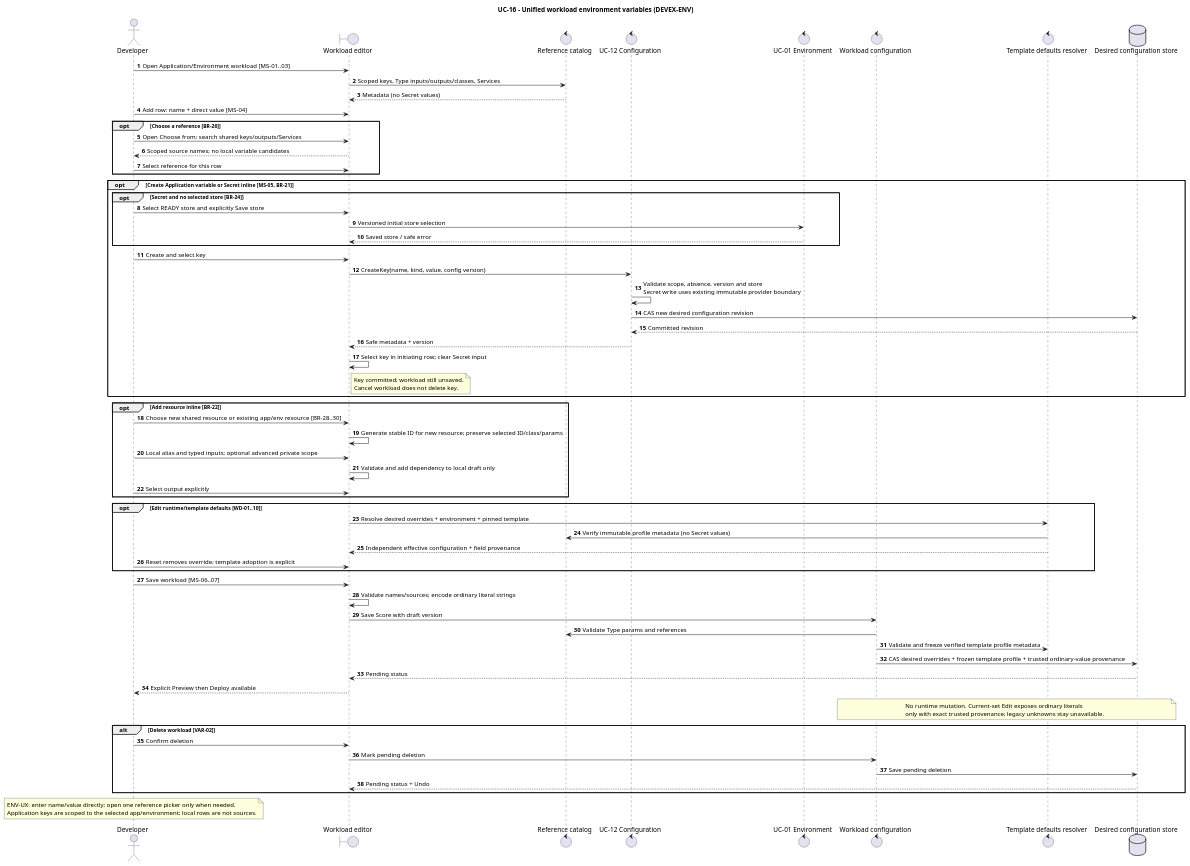
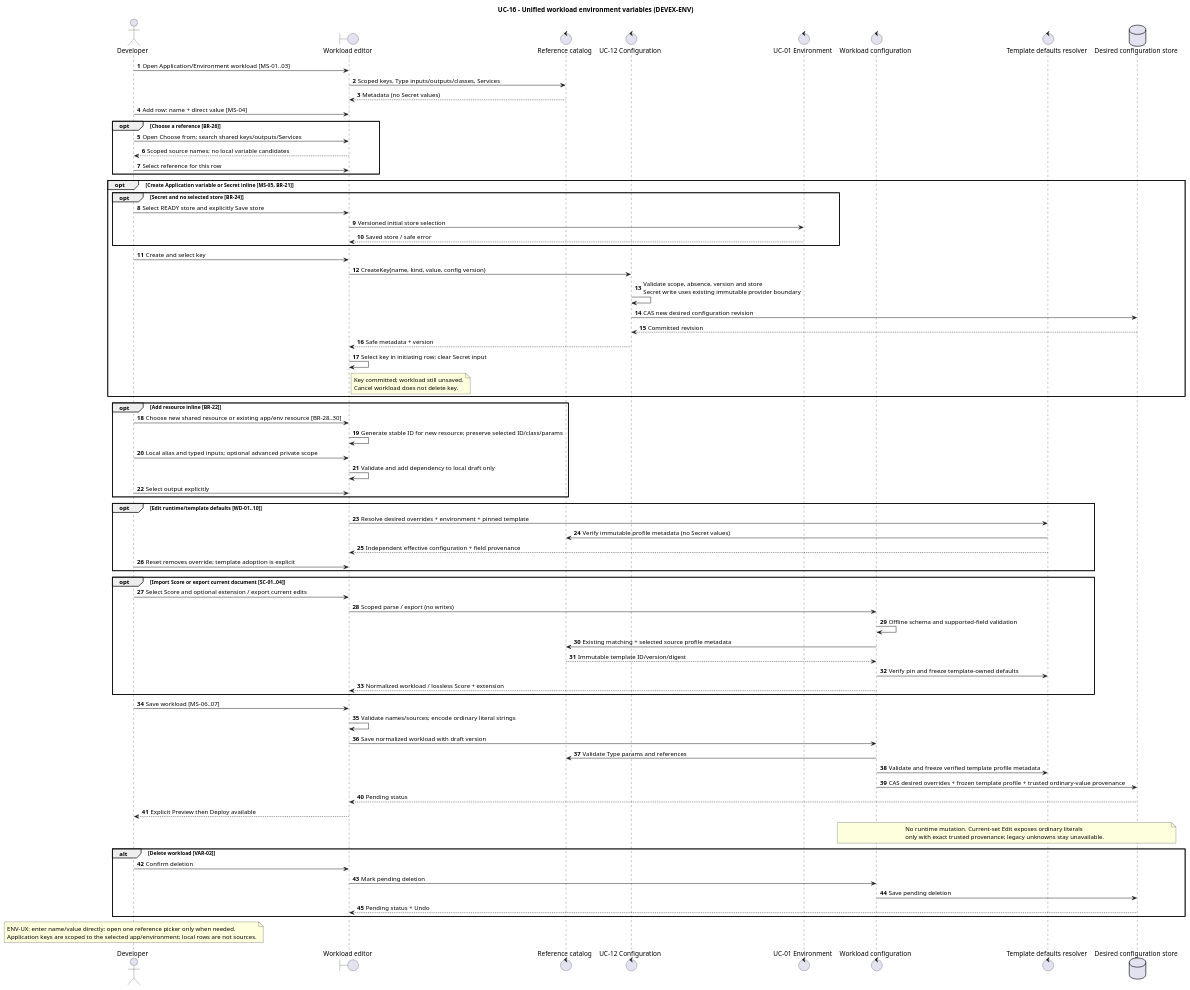
One commit to pr3s3nt/poc changed the diagram in orchestrator_docs/usecase/UC-16/sequence.puml. Above: the diagram before and after it, drawn with PlantUML. The commit also changed 15 other files, not shown here.

```diff
--- a/orchestrator_docs/usecase/UC-16/sequence.puml
+++ b/orchestrator_docs/usecase/UC-16/sequence.puml
@@ -1,75 +1,84 @@
 @startuml
 title UC-16 - Unified workload environment variables (DEVEX-ENV)
 autonumber
 actor Developer as Dev
 boundary "Workload editor" as UI
 control "Reference catalog" as Catalog
 control "UC-12 Configuration" as Keys
 control "UC-01 Environment" as Env
 control "Workload configuration" as Config
 control "Template defaults resolver" as Defaults
 database "Desired configuration store" as Store
 
 Dev -> UI: Open Application/Environment workload [MS-01..03]
 UI -> Catalog: Scoped keys, Type inputs/outputs/classes, Services
 Catalog --> UI: Metadata (no Secret values)
 Dev -> UI: Add row: name + direct value [MS-04]
 opt Choose a reference [BR-26]
   Dev -> UI: Open Choose from; search shared keys/outputs/Services
   UI --> Dev: Scoped source names; no local variable candidates
   Dev -> UI: Select reference for this row
 end
 opt Create Application variable or Secret inline [MS-05, BR-21]
   opt Secret and no selected store [BR-24]
     Dev -> UI: Select READY store and explicitly Save store
     UI -> Env: Versioned initial store selection
     Env --> UI: Saved store / safe error
   end
   Dev -> UI: Create and select key
   UI -> Keys: CreateKey(name, kind, value, config version)
   Keys -> Keys: Validate scope, absence, version and store\nSecret write uses existing immutable provider boundary
   Keys -> Store: CAS new desired configuration revision
   Store --> Keys: Committed revision
   Keys --> UI: Safe metadata + version
   UI -> UI: Select key in initiating row; clear Secret input
   note right of UI
     Key committed; workload still unsaved.
     Cancel workload does not delete key.
   end note
 end
 opt Add resource inline [BR-22]
   Dev -> UI: Choose new shared resource or existing app/env resource [BR-28..30]
   UI -> UI: Generate stable ID for new resource; preserve selected ID/class/params
   Dev -> UI: Local alias and typed inputs; optional advanced private scope
   UI -> UI: Validate and add dependency to local draft only
   Dev -> UI: Select output explicitly
 end
 opt Edit runtime/template defaults [WD-01..10]
  UI -> Defaults: Resolve desired overrides + environment + pinned template
  Defaults -> Catalog: Verify immutable profile metadata (no Secret values)
  Defaults --> UI: Independent effective configuration + field provenance
  Dev -> UI: Reset removes override; template adoption is explicit
 end
+opt Import Score or export current document [SC-01..04]
+  Dev -> UI: Select Score and optional extension / export current edits
+  UI -> Config: Scoped parse / export (no writes)
+  Config -> Config: Offline schema and supported-field validation
+  Config -> Catalog: Existing matching + selected source profile metadata
+  Catalog --> Config: Immutable template ID/version/digest
+  Config -> Defaults: Verify pin and freeze template-owned defaults
+  Config --> UI: Normalized workload / lossless Score + extension
+end
 Dev -> UI: Save workload [MS-06..07]
 UI -> UI: Validate names/sources; encode ordinary literal strings
-UI -> Config: Save Score with draft version
+UI -> Config: Save normalized workload with draft version
 Config -> Catalog: Validate Type params and references
 Config -> Defaults: Validate and freeze verified template profile metadata
 Config -> Store: CAS desired overrides + frozen template profile + trusted ordinary-value provenance
 Store --> UI: Pending status
 UI --> Dev: Explicit Preview then Deploy available
 note over Config,Store
   No runtime mutation. Current-set Edit exposes ordinary literals
   only with exact trusted provenance; legacy unknowns stay unavailable.
 end note
 alt Delete workload [VAR-02]
   Dev -> UI: Confirm deletion
   UI -> Config: Mark pending deletion
   Config -> Store: Save pending deletion
   Store --> UI: Pending status + Undo
 end
 note over Dev
 ENV-UX: enter name/value directly; open one reference picker only when needed.
 Application keys are scoped to the selected app/environment; local rows are not sources.
 end note
 @enduml
```
